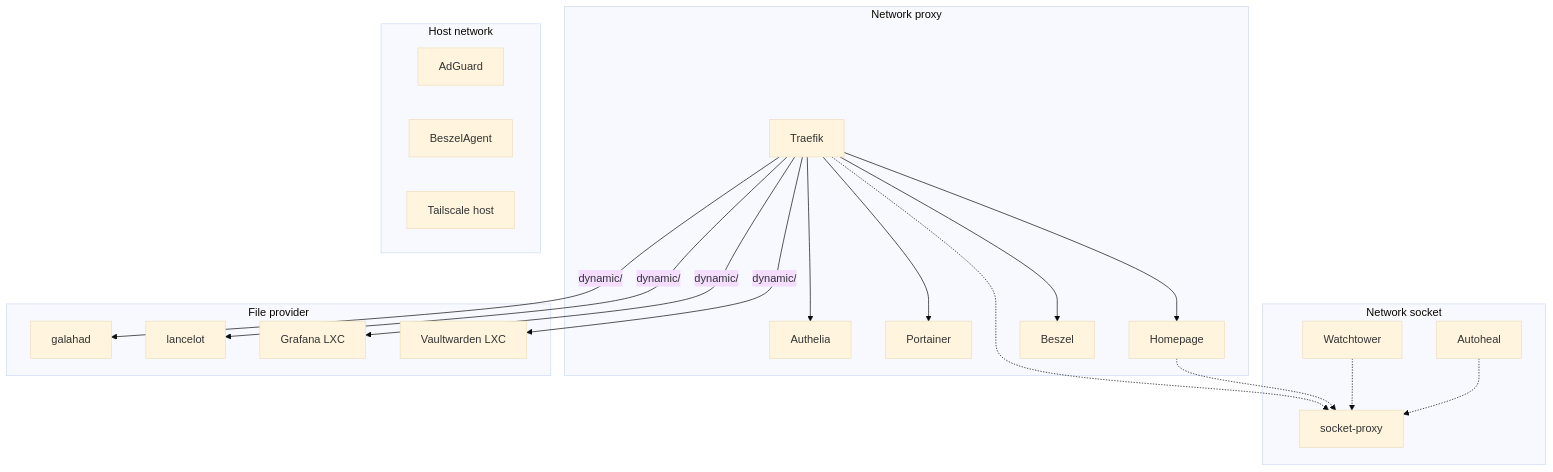
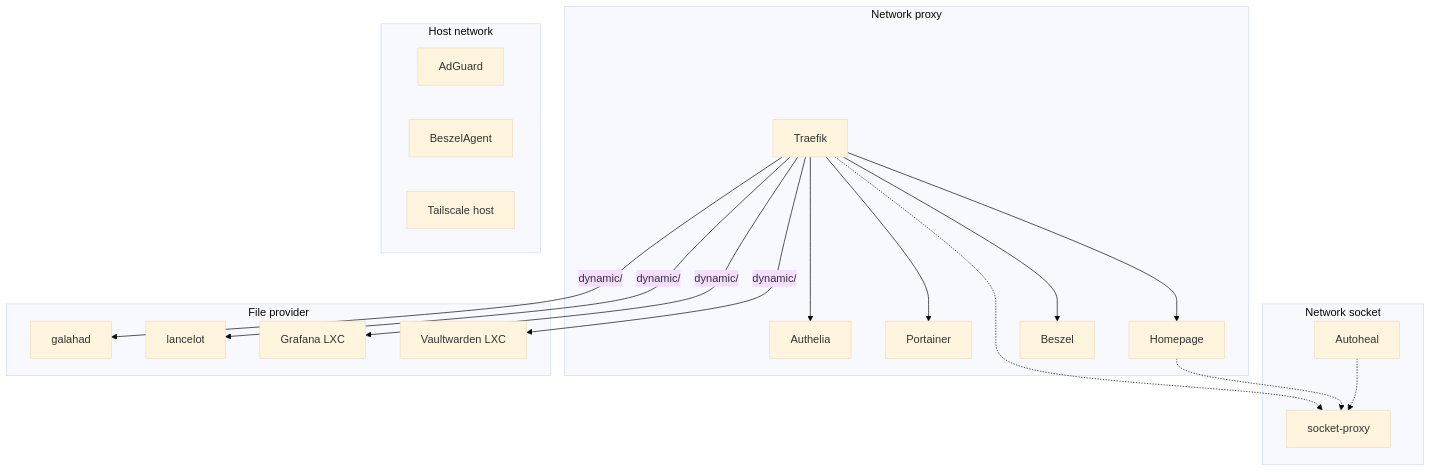
The diagram in docs/services/index.md (GabinSMD/homelab-doc), drawn with Mermaid (base theme) before and after one commit. The commit also changed other lines of this file and 13 other files, not shown here.

````diff
--- a/docs/services/index.md
+++ b/docs/services/index.md
@@ -35,30 +34,29 @@
 ```mermaid
 graph TB
     subgraph Network proxy
         Traefik --> Authelia
         Traefik --> Portainer
         Traefik --> Homepage
         Traefik --> Beszel
     end
 
     subgraph Network socket
         SP[socket-proxy]
         Traefik -.-> SP
         Homepage -.-> SP
-        Watchtower -.-> SP
         Autoheal -.-> SP
     end
 
     subgraph Host network
         AdGuard
         BeszelAgent
         Tailscale[Tailscale host]
     end
 
     subgraph File provider
         Traefik -->|dynamic/| PVE1[galahad]
         Traefik -->|dynamic/| PVE2[lancelot]
         Traefik -->|dynamic/| Logs[Grafana LXC]
         Traefik -->|dynamic/| Vault[Vaultwarden LXC]
     end
 ```
````
